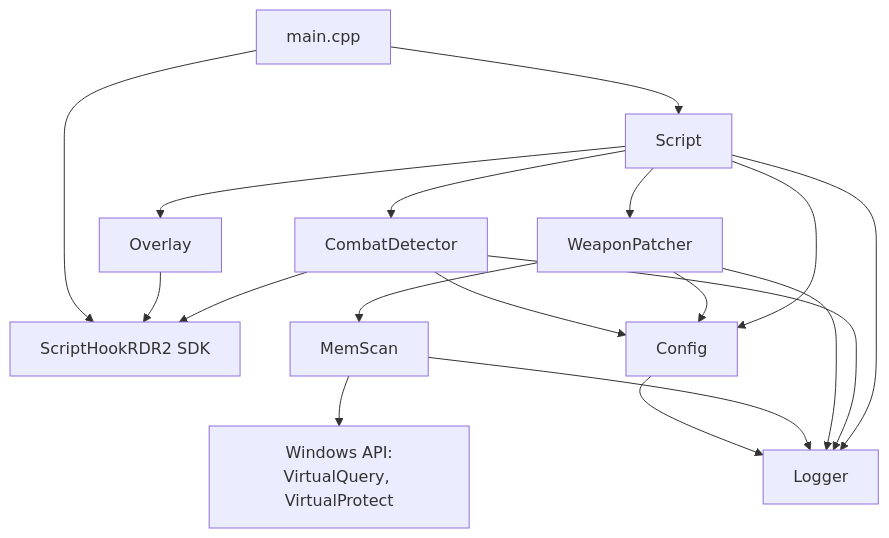
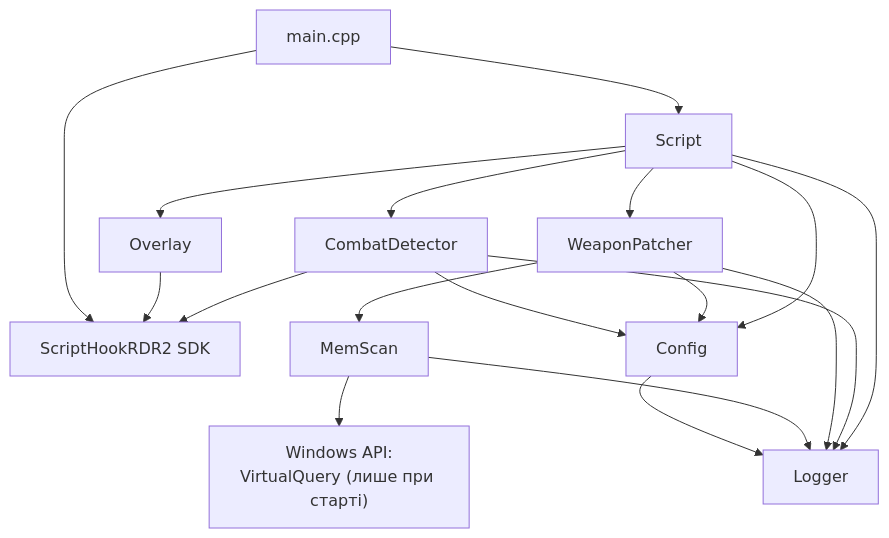
One commit to PerepeliakDanylo/program-security--lab-2026-Danylo changed the fifth of 5 diagrams in docs/architecture/architecture.md. Above: the diagram before and after it, drawn with Mermaid. The commit also changed other lines of this file and 7 other files, not shown here.

First line of the commit message:
[DOCS] 1.2.1: requirements, glossary, business logic and architecture aligned with the plugin

````diff
--- a/docs/architecture/architecture.md
+++ b/docs/architecture/architecture.md
@@ -217,22 +217,22 @@
 ```mermaid
 flowchart TB
     SDK["ScriptHookRDR2 SDK"]
-    WINAPI["Windows API:<br/>VirtualQuery, VirtualProtect"]
+    WINAPI["Windows API:<br/>VirtualQuery (лише при старті)"]
     MAIN["main.cpp"] --> SCRIPT["Script"]
     SCRIPT --> DETECT["CombatDetector"]
     SCRIPT --> PATCH["WeaponPatcher"]
     SCRIPT --> OVL["Overlay"]
     SCRIPT --> CFG["Config"]
     PATCH --> MEM["MemScan"]
     PATCH --> CFG
     DETECT --> CFG
     DETECT --> SDK
     OVL --> SDK
     MAIN --> SDK
     MEM --> WINAPI
     SCRIPT --> LOG["Logger"]
     DETECT --> LOG
     PATCH --> LOG
     MEM --> LOG
     CFG --> LOG
 ```
````
